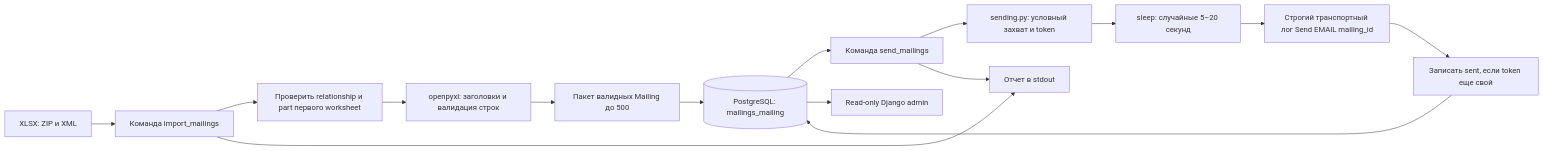
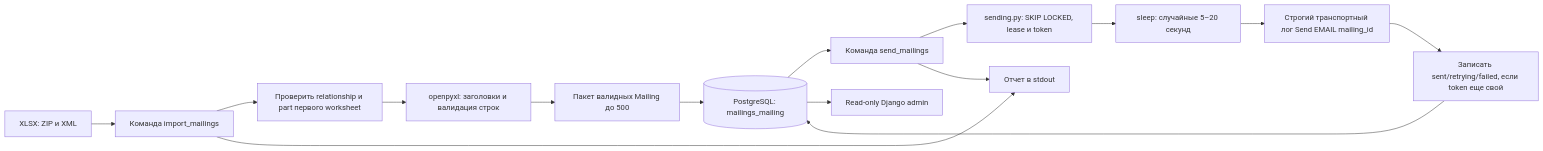
Before and after one commit to sudden-lee/jetlend_2: the first of 5 diagrams in DEFENSE_GUIDE.md, drawn with Mermaid. The commit also changed other lines of this file and 11 other files, not shown here.

````diff
--- a/DEFENSE_GUIDE.md
+++ b/DEFENSE_GUIDE.md
@@ -66,17 +67,17 @@
 ```mermaid
 flowchart LR
     XLSX["XLSX: ZIP и XML"] --> IC["Команда import_mailings"]
     IC --> PART["Проверить relationship и part первого worksheet"]
     PART --> PARSE["openpyxl: заголовки и валидация строк"]
     PARSE --> BATCH["Пакет валидных Mailing до 500"]
     BATCH --> DB[("PostgreSQL: mailings_mailing")]
     DB --> SC["Команда send_mailings"]
-    SC --> CLAIM["sending.py: условный захват и token"]
+    SC --> CLAIM["sending.py: SKIP LOCKED, lease и token"]
     CLAIM --> WAIT["sleep: случайные 5–20 секунд"]
     WAIT --> LOG["Строгий транспортный лог Send EMAIL mailing_id"]
-    LOG --> FINISH["Записать sent, если token еще свой"]
+    LOG --> FINISH["Записать sent/retrying/failed, если token еще свой"]
     FINISH --> DB
     DB --> ADMIN["Read-only Django admin"]
     IC --> REPORT["Отчет в stdout"]
     SC --> REPORT
 ```
````
